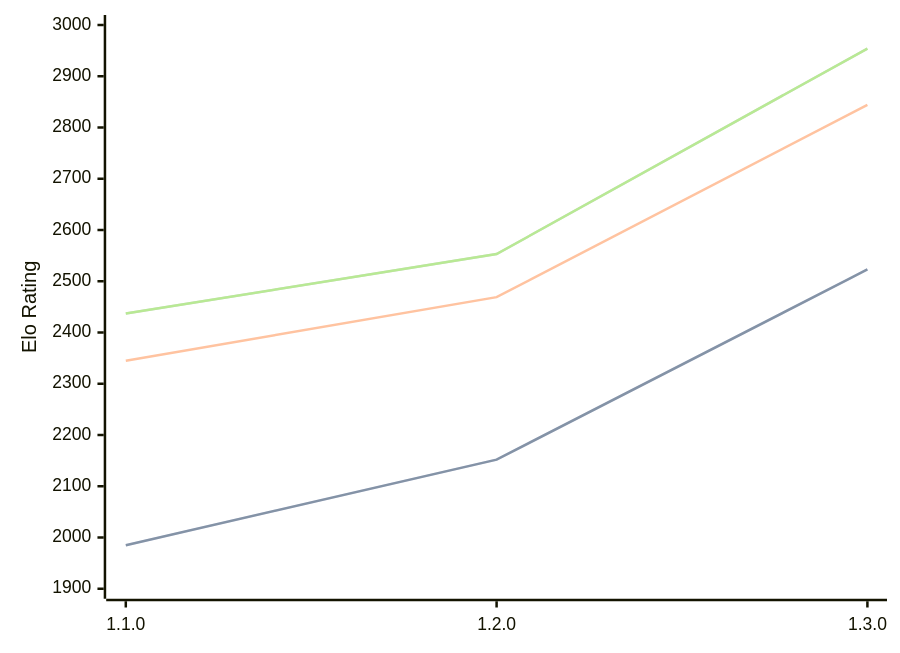
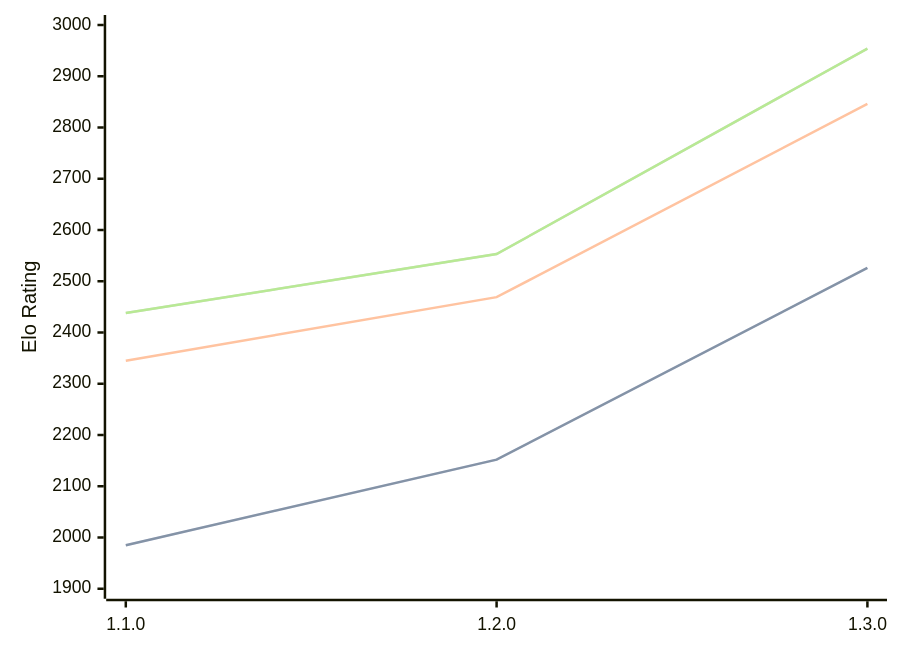
The diagram in engines/Gyatso.md (computer-chess-index/cci), drawn with Mermaid before and after one commit. The commit also changed other lines of this file, not shown here.

Commit message:
Update CCI Ratings (ELO VLTC) - 2026-04-07

````diff
--- a/engines/Gyatso.md
+++ b/engines/Gyatso.md
@@ -34,11 +34,11 @@
 ```mermaid
 %%{init: {"theme":"base","themeVariables":{"seriesColors:['#a3a3a3','#222221','#faa371']}}}%%
 xychart-beta
   x-axis ["1.1.0", "1.2.0", "1.3.0"]
   y-axis "Elo Rating" 1900 --> 3000
-  line "STC (8.0+0.08s)" [1985, 2152, 2523]
-  line "STC (8.0+0.08s)" [1985, 2152, 2523]
-  line "LTC (60.0+0.60s)" [2345, 2469, 2844]
-  line "VLTC (2m24s+1.12s)" [2437, 2553, 2954]
-  line "VLTC (2m24s+1.12s)" [2437, 2553, 2954]
+  line "STC (8.0+0.08s)" [1985, 2152, 2526]
+  line "STC (8.0+0.08s)" [1985, 2152, 2526]
+  line "LTC (60.0+0.60s)" [2345, 2469, 2846]
+  line "VLTC (2m24s+1.12s)" [2438, 2553, 2954]
+  line "VLTC (2m24s+1.12s)" [2438, 2553, 2954]
 ```
````
